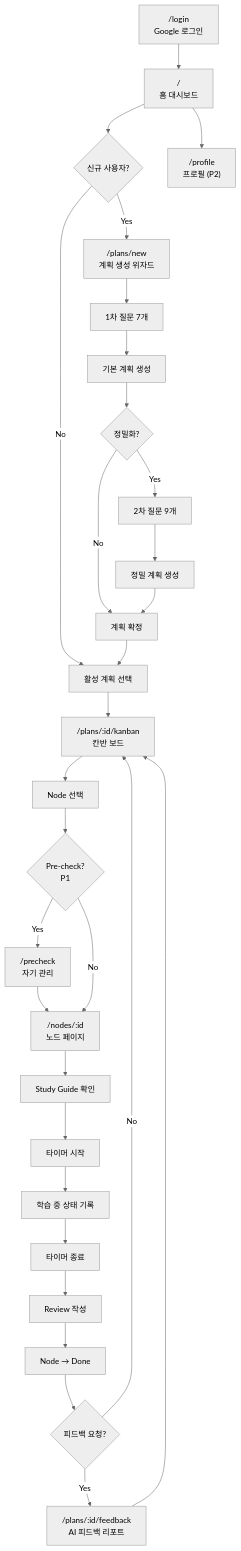
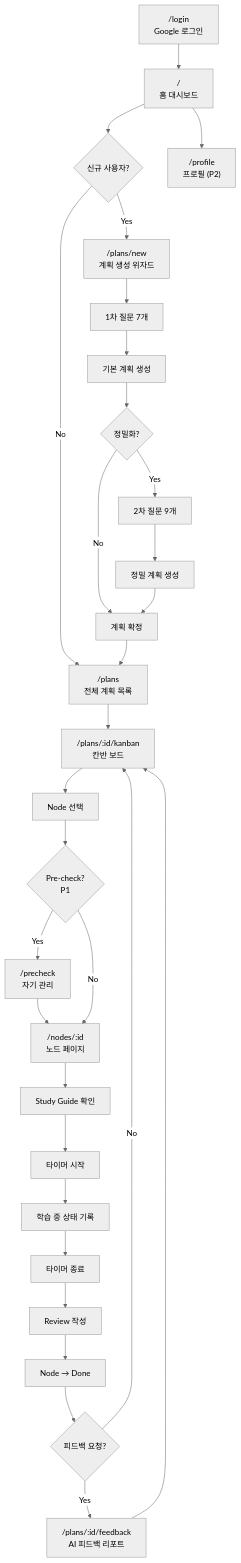
Before and after one commit to khs990704/leadme: the first of 5 diagrams in spec/05_wireframe.md, drawn with Mermaid (neutral theme). The commit also changed other lines of this file, not shown here.

Commit message:
fix: [wireframe] add /plans

````diff
--- a/spec/05_wireframe.md
+++ b/spec/05_wireframe.md
@@ -274,40 +308,40 @@
 ```mermaid
 flowchart TD
     A["/login<br/>Google 로그인"] --> B["/<br/>홈 대시보드"]
     B --> C{신규 사용자?}
     C -->|Yes| D["/plans/new<br/>계획 생성 위자드"]
-    C -->|No| E["활성 계획 선택"]
+    C -->|No| E["/plans<br/>전체 계획 목록"]
 
     D --> D1["1차 질문 7개"]
     D1 --> D2["기본 계획 생성"]
     D2 --> D3{"정밀화?"}
     D3 -->|Yes| D4["2차 질문 9개"]
     D4 --> D5["정밀 계획 생성"]
     D3 -->|No| D6["계획 확정"]
     D5 --> D6
 
     D6 --> E
     E --> F["/plans/:id/kanban<br/>칸반 보드"]
 
     F --> G["Node 선택"]
     G --> H{Pre-check?<br/>P1}
     H -->|Yes| H1["/precheck<br/>자기 관리"]
     H1 --> I
     H -->|No| I
 
     I["/nodes/:id<br/>노드 페이지"]
     I --> I1["Study Guide 확인"]
     I1 --> I2["타이머 시작"]
     I2 --> I3["학습 중 상태 기록"]
     I3 --> I4["타이머 종료"]
     I4 --> I5["Review 작성"]
     I5 --> I6["Node → Done"]
 
     I6 --> J{"피드백 요청?"}
     J -->|Yes| K["/plans/:id/feedback<br/>AI 피드백 리포트"]
     J -->|No| F
 
     K --> F
 
     B --> L["/profile<br/>프로필 (P2)"]
 ```
````
